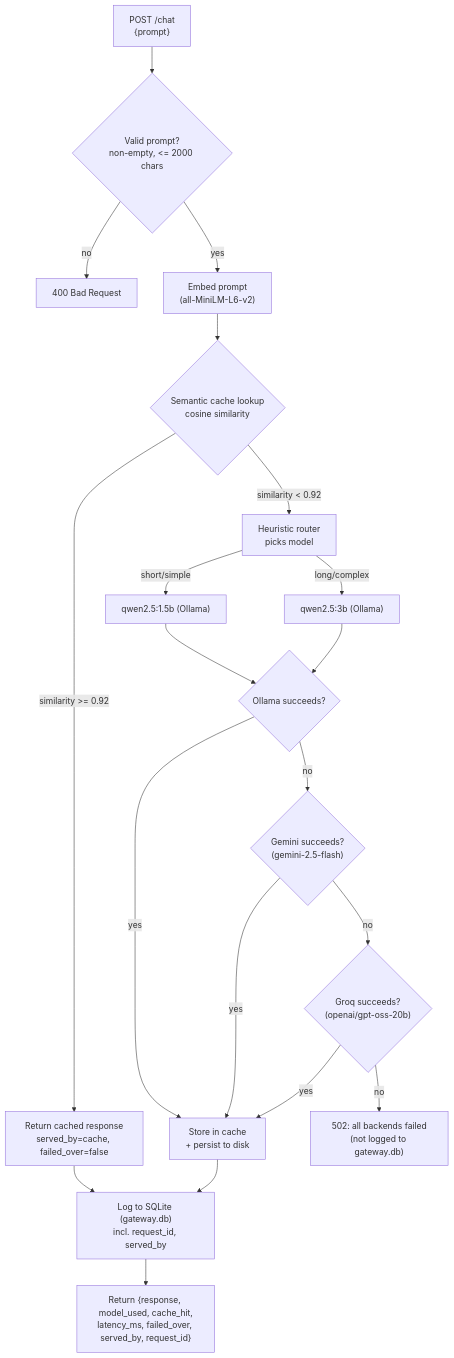
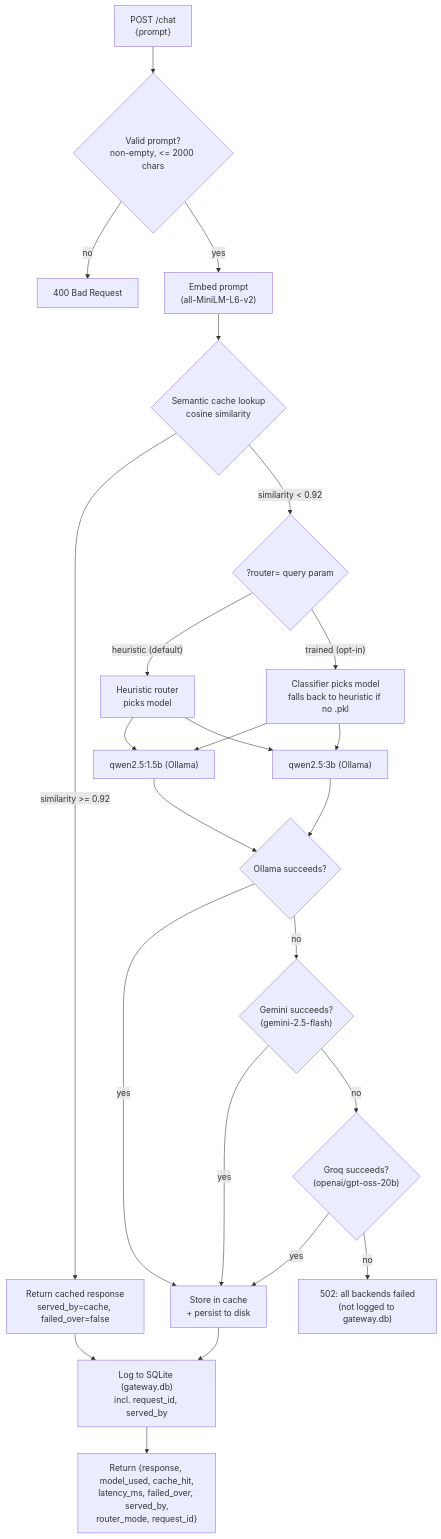
The diagram in README.md (amanjuneja420/llm-gateway), drawn with Mermaid before and after one commit. The commit also changed other lines of this file and 2 other files, not shown here.

````diff
--- a/README.md
+++ b/README.md
@@ -15,22 +15,26 @@
 ```mermaid
 flowchart TD
     A["POST /chat<br/>{prompt}"] --> V{"Valid prompt?<br/>non-empty, <= 2000 chars"}
     V -->|"no"| VE["400 Bad Request"]
     V -->|"yes"| B["Embed prompt<br/>(all-MiniLM-L6-v2)"]
     B --> C{"Semantic cache lookup<br/>cosine similarity"}
     C -->|"similarity >= 0.92"| D["Return cached response<br/>served_by=cache, failed_over=false"]
-    C -->|"similarity < 0.92"| E["Heuristic router<br/>picks model"]
-    E -->|"short/simple"| F["qwen2.5:1.5b (Ollama)"]
-    E -->|"long/complex"| G["qwen2.5:3b (Ollama)"]
+    C -->|"similarity < 0.92"| E{"?router= query param"}
+    E -->|"heuristic (default)"| E1["Heuristic router<br/>picks model"]
+    E -->|"trained (opt-in)"| E2["Classifier picks model<br/>falls back to heuristic if no .pkl"]
+    E1 --> F["qwen2.5:1.5b (Ollama)"]
+    E1 --> G["qwen2.5:3b (Ollama)"]
+    E2 --> F
+    E2 --> G
     F --> H1{"Ollama succeeds?"}
     G --> H1
     H1 -->|"yes"| ST["Store in cache<br/>+ persist to disk"]
     H1 -->|"no"| H2{"Gemini succeeds?<br/>(gemini-2.5-flash)"}
     H2 -->|"yes"| ST
     H2 -->|"no"| H3{"Groq succeeds?<br/>(openai/gpt-oss-20b)"}
     H3 -->|"yes"| ST
     H3 -->|"no"| ERR["502: all backends failed<br/>(not logged to gateway.db)"]
     ST --> K["Log to SQLite (gateway.db)<br/>incl. request_id, served_by"]
     D --> K
-    K --> L["Return {response, model_used, cache_hit,<br/>latency_ms, failed_over, served_by, request_id}"]
+    K --> L["Return {response, model_used, cache_hit,<br/>latency_ms, failed_over, served_by,<br/>router_mode, request_id}"]
 ```
````
